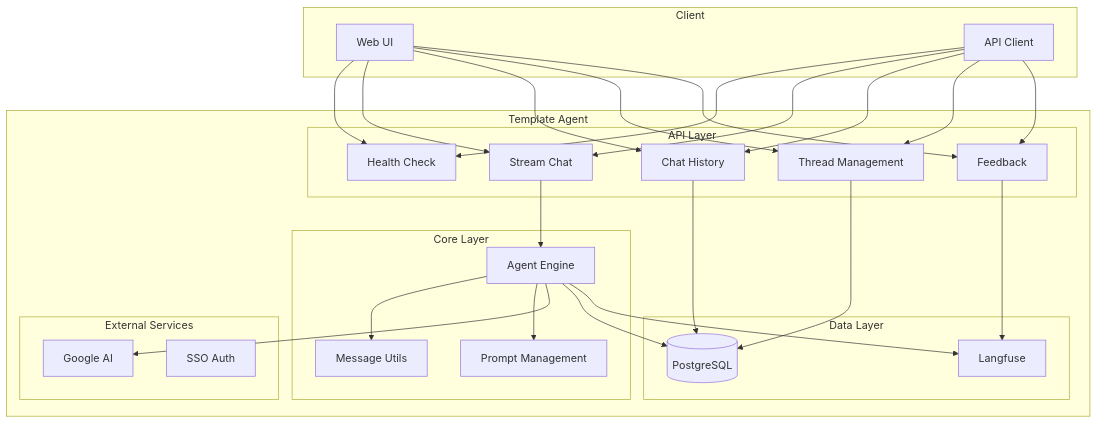
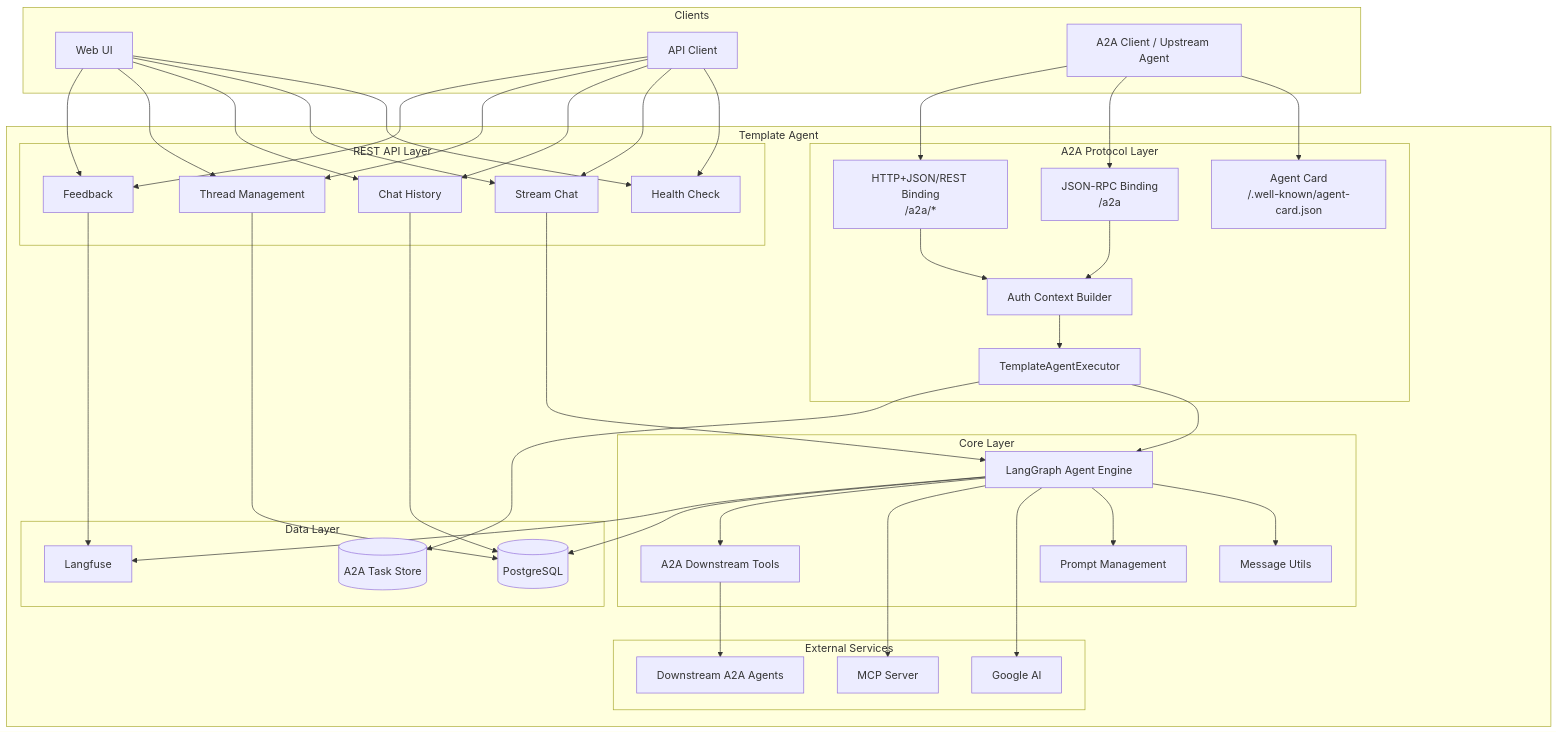
The diagram in README.md (redhat-data-and-ai/template-agent), drawn with Mermaid before and after one commit. The commit also changed other lines of this file and 35 other files, not shown here.

````diff
--- a/README.md
+++ b/README.md
@@ -24,56 +24,61 @@
 ```mermaid
 graph TB
-    subgraph "Client"
+    subgraph "Clients"
         UI[Web UI]
         API[API Client]
+        A2AClient[A2A Client / Upstream Agent]
     end
 
     subgraph "Template Agent"
-        subgraph "API Layer"
+        subgraph "REST API Layer"
             Health[Health Check]
             Stream[Stream Chat]
             History[Chat History]
             Threads[Thread Management]
             Feedback[Feedback]
         end
 
+        subgraph "A2A Protocol Layer"
+            AgentCard["Agent Card<br/>/.well-known/agent-card.json"]
+            JSONRPC["JSON-RPC Binding<br/>/a2a"]
+            REST["HTTP+JSON/REST Binding<br/>/a2a/*"]
+            AuthCtx[Auth Context Builder]
+            Executor[TemplateAgentExecutor]
+        end
+
         subgraph "Core Layer"
-            Agent[Agent Engine]
+            Agent[LangGraph Agent Engine]
             Utils[Message Utils]
             Prompt[Prompt Management]
+            A2ATools[A2A Downstream Tools]
         end
 
         subgraph "Data Layer"
             DB[(PostgreSQL)]
+            TaskStore[(A2A Task Store)]
             Langfuse[Langfuse]
         end
 
         subgraph "External Services"
             Google[Google AI]
-            SSO[SSO Auth]
+            MCP[MCP Server]
+            Downstream[Downstream A2A Agents]
         end
     end
 
-    UI --> Health
-    UI --> Stream
-    UI --> History
-    UI --> Threads
-    UI --> Feedback
+    UI --> Health & Stream & History & Threads & Feedback
+    API --> Health & Stream & History & Threads & Feedback
+    A2AClient --> AgentCard & JSONRPC & REST
 
-    API --> Health
-    API --> Stream
-    API --> History
-    API --> Threads
-    API --> Feedback
+    JSONRPC & REST --> AuthCtx --> Executor
+    Executor --> Agent
+    Stream --> Agent
+    Agent --> Utils & Prompt & Google & MCP
+    Agent --> A2ATools --> Downstream
 
-    Stream --> Agent
-    Agent --> Utils
-    Agent --> Prompt
-    Agent --> Google
-
-    History --> DB
-    Threads --> DB
+    History & Threads --> DB
     Agent --> DB
+    Executor --> TaskStore
     Agent --> Langfuse
     Feedback --> Langfuse
 ```
````
